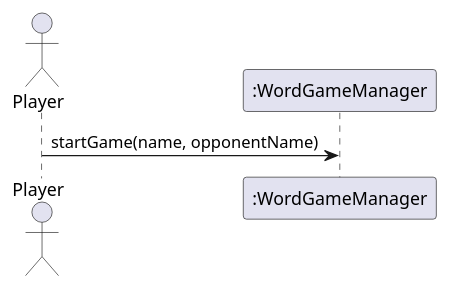
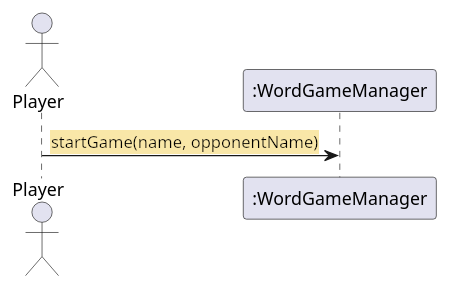
The first of 23 diagrams in app/check-design/_sections/common-mistakes-before-and-after.mdx (HAN-Craftsmanship-KL-JJG/oose-study), drawn with PlantUML before and after one commit. The commit also changed other lines of this file and 37 other files, not shown here.

````diff
--- a/app/check-design/_sections/common-mistakes-before-and-after.mdx
+++ b/app/check-design/_sections/common-mistakes-before-and-after.mdx
@@ -8,5 +8,5 @@
 ```plantuml
     actor "Player" as S
     participant ":WordGameManager" as M
-    S -> M : startGame(name, opponentName)
+    S -> M : <back:#F9E7A8>startGame(name, opponentName)</back>
 ```
````
